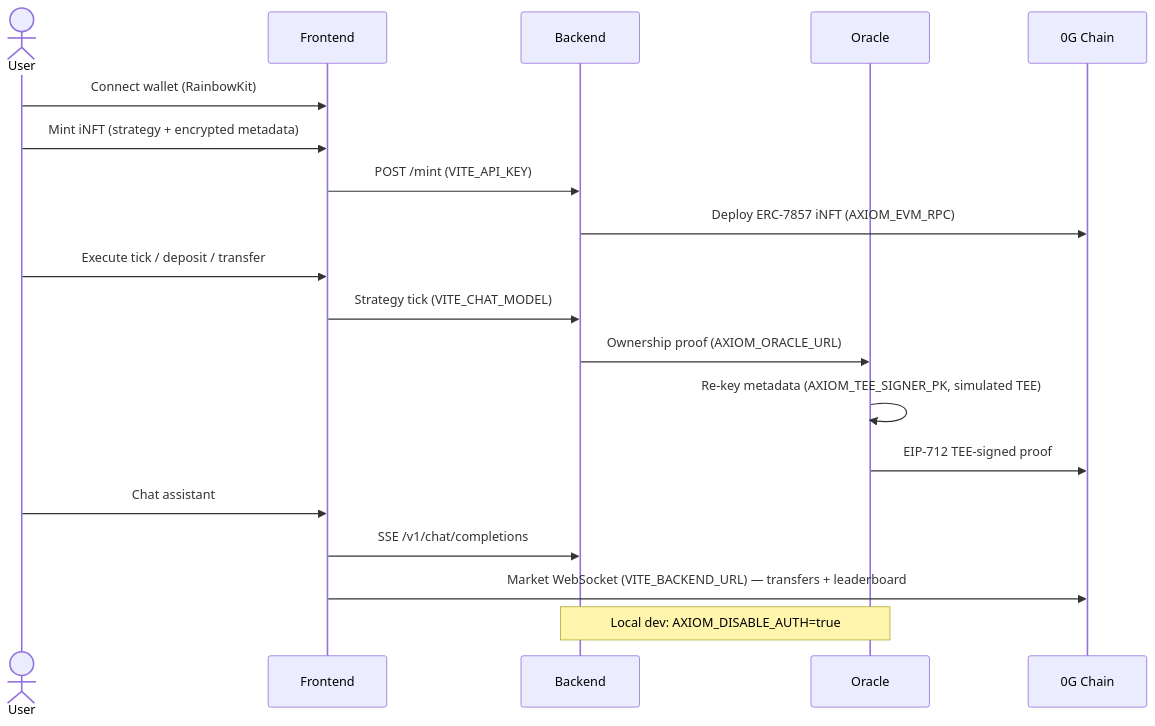
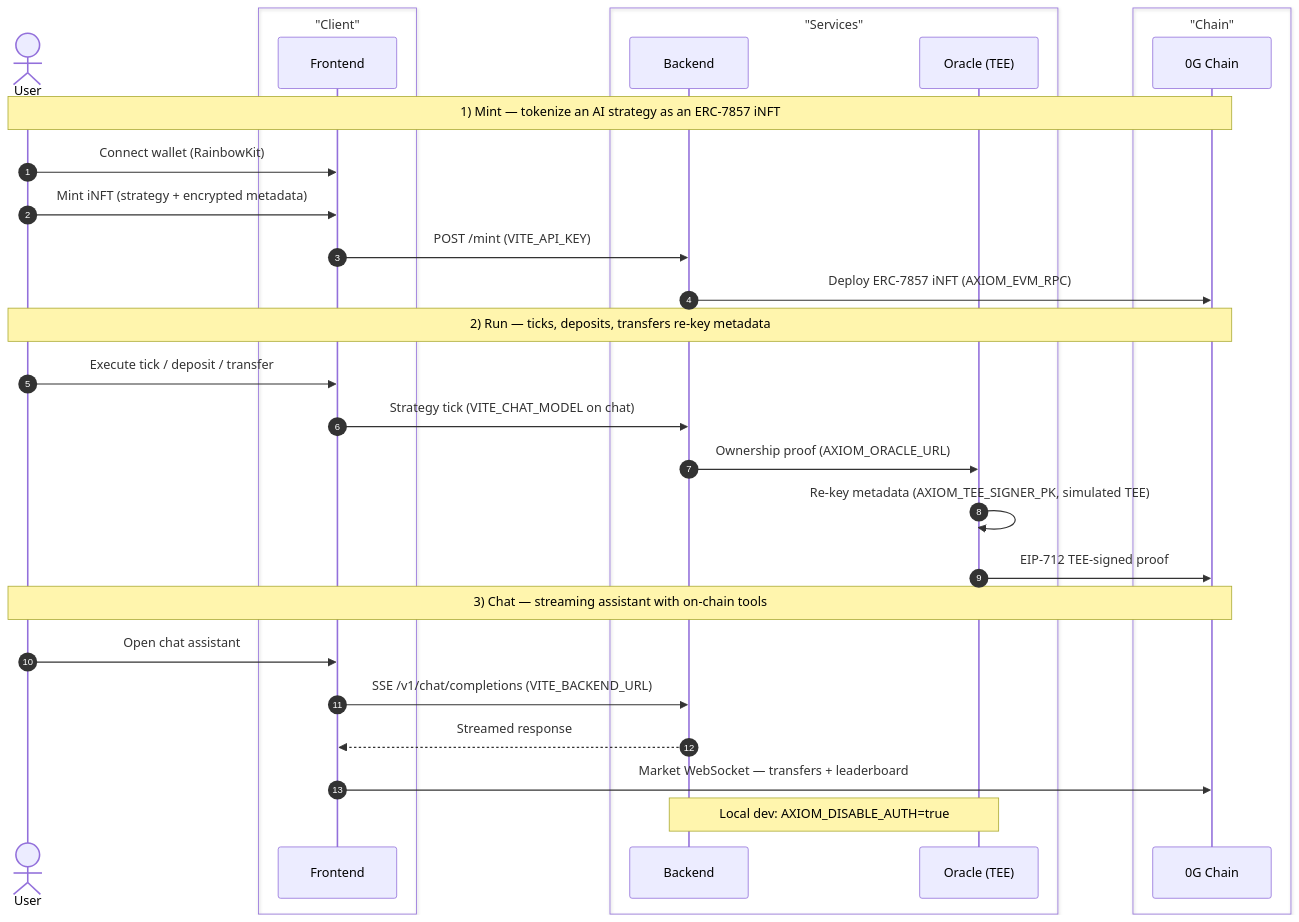
One commit to symulacr/axiom-protocol changed the diagram in README.md. Above: the diagram before and after it, drawn with Mermaid.

Commit message:
docs: enhance readme diagram

````diff
--- a/README.md
+++ b/README.md
@@ -26,22 +26,36 @@
 ```mermaid
 sequenceDiagram
-    actor U as User
-    participant FE as Frontend
-    participant BE as Backend
-    participant OR as Oracle
-    participant CH as 0G Chain
+    autonumber
+    actor User
+    box "Client" #E8F0FE
+        participant FE as Frontend
+    end
+    box "Services" #FEF7E0
+        participant BE as Backend
+        participant OR as Oracle (TEE)
+    end
+    box "Chain" #E6F4EA
+        participant CH as 0G Chain
+    end
 
-    U->>FE: Connect wallet (RainbowKit)
-    U->>FE: Mint iNFT (strategy + encrypted metadata)
+    Note over User,CH: 1) Mint — tokenize an AI strategy as an ERC-7857 iNFT
+    User->>FE: Connect wallet (RainbowKit)
+    User->>FE: Mint iNFT (strategy + encrypted metadata)
     FE->>BE: POST /mint (VITE_API_KEY)
     BE->>CH: Deploy ERC-7857 iNFT (AXIOM_EVM_RPC)
-    U->>FE: Execute tick / deposit / transfer
-    FE->>BE: Strategy tick (VITE_CHAT_MODEL)
+
+    Note over User,CH: 2) Run — ticks, deposits, transfers re-key metadata
+    User->>FE: Execute tick / deposit / transfer
+    FE->>BE: Strategy tick (VITE_CHAT_MODEL on chat)
     BE->>OR: Ownership proof (AXIOM_ORACLE_URL)
     OR->>OR: Re-key metadata (AXIOM_TEE_SIGNER_PK, simulated TEE)
     OR->>CH: EIP-712 TEE-signed proof
-    U->>FE: Chat assistant
-    FE->>BE: SSE /v1/chat/completions
-    FE->>CH: Market WebSocket (VITE_BACKEND_URL) — transfers + leaderboard
+
+    Note over User,CH: 3) Chat — streaming assistant with on-chain tools
+    User->>FE: Open chat assistant
+    FE->>BE: SSE /v1/chat/completions (VITE_BACKEND_URL)
+    BE-->>FE: Streamed response
+    FE->>CH: Market WebSocket — transfers + leaderboard
+
     Note over BE,OR: Local dev: AXIOM_DISABLE_AUTH=true
 ```
````
